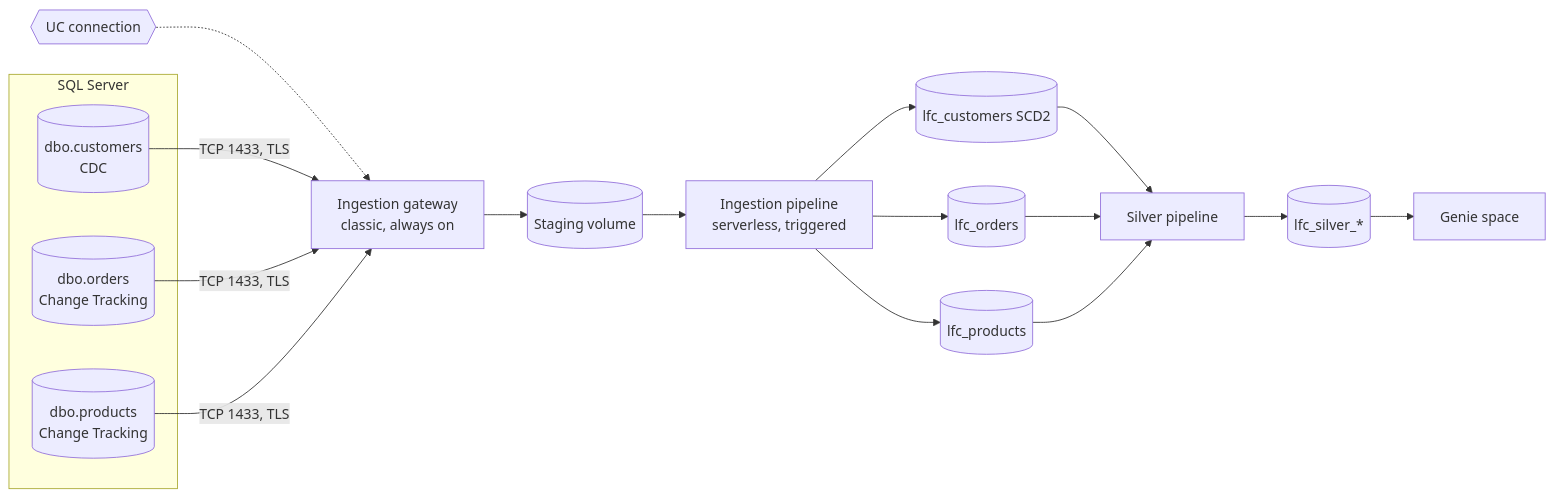
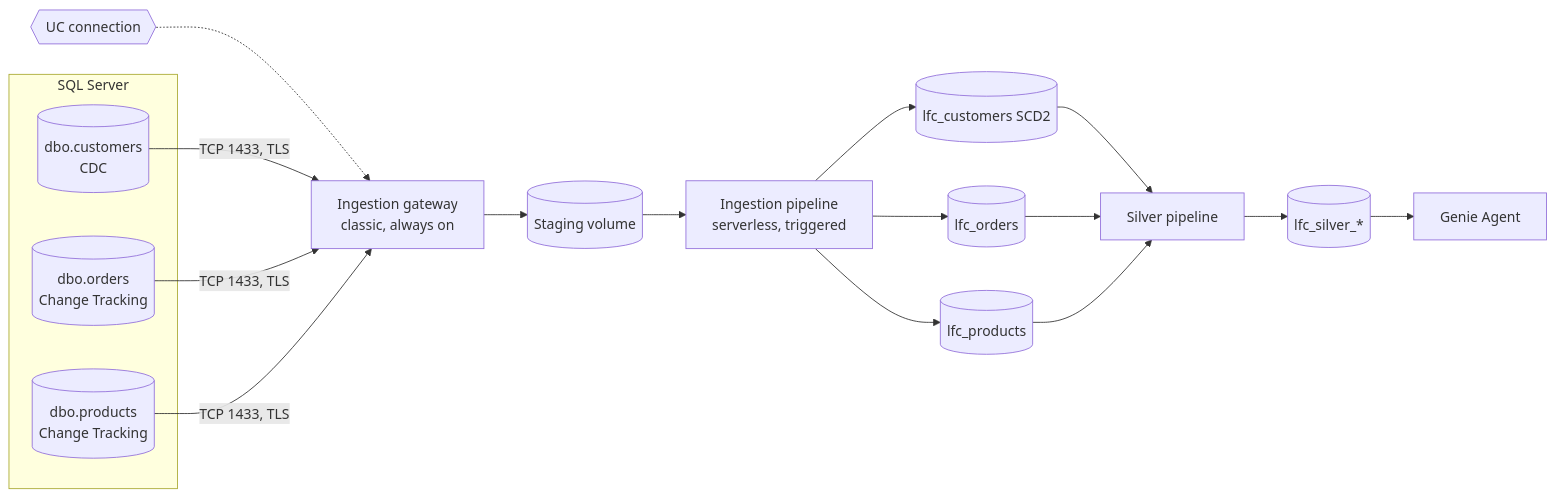
One commit to pengbricks/pengbricks-app-capabilities-walkthrough changed the diagram in reference/lakeflow-connect/guides/sqlserver-lakeflow-connect/README.md. Above: the diagram before and after it, drawn with Mermaid. The commit also changed other lines of this file and 29 other files, not shown here.

````diff
--- a/reference/lakeflow-connect/guides/sqlserver-lakeflow-connect/README.md
+++ b/reference/lakeflow-connect/guides/sqlserver-lakeflow-connect/README.md
@@ -29,18 +29,18 @@
 ```mermaid
 flowchart LR
   subgraph src[SQL Server]
     c[(dbo.customers<br/>CDC)]
     o[(dbo.orders<br/>Change Tracking)]
     p[(dbo.products<br/>Change Tracking)]
   end
   conn{{UC connection}} -.-> gw
   c & o & p -->|TCP 1433, TLS| gw[Ingestion gateway<br/>classic, always on]
   gw --> vol[(Staging volume)]
   vol --> ing[Ingestion pipeline<br/>serverless, triggered]
   ing --> b1[(lfc_customers SCD2)]
   ing --> b2[(lfc_orders)]
   ing --> b3[(lfc_products)]
   b1 & b2 & b3 --> silver[Silver pipeline]
   silver --> s[(lfc_silver_*)]
-  s --> genie[Genie space]
+  s --> genie[Genie Agent]
 ```
````
